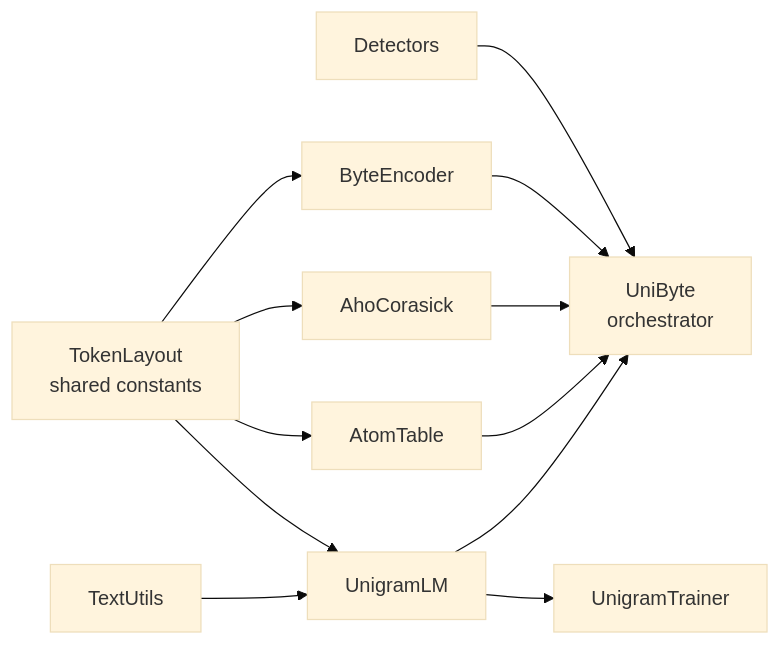
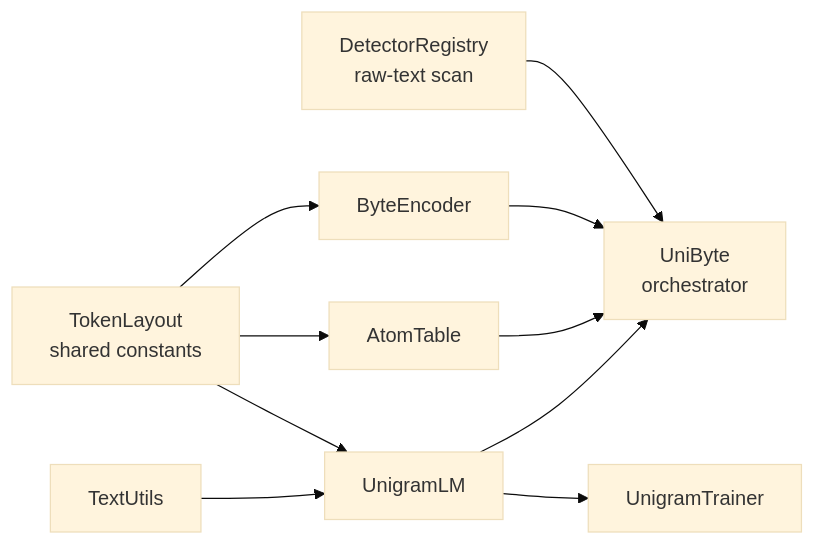
The first of 3 diagrams in resources/models/GRIM-text/Shared/UnigramByte/UnigramByte.codoc.md (Reaper3825/G.R.I.M), drawn with Mermaid (base theme) before and after one commit. The commit also changed other lines of this file and 80 other files, not shown here.

First line of the commit message:
Refactor tokenizer implementation and add raw-text detectors

````diff
--- a/resources/models/GRIM-text/Shared/UnigramByte/UnigramByte.codoc.md
+++ b/resources/models/GRIM-text/Shared/UnigramByte/UnigramByte.codoc.md
@@ -39,16 +48,15 @@
 ```mermaid
 flowchart LR
     TL[TokenLayout
 shared constants] --> BY[ByteEncoder]
-    TL --> AC[AhoCorasick]
     TL --> AT[AtomTable]
     TL --> UG[UnigramLM]
-    DT[Detectors] --> UB[UniByte
+   DT[DetectorRegistry
+raw-text scan] --> UB[UniByte
 orchestrator]
     BY --> UB
-    AC --> UB
     AT --> UB
     UG --> UB
     TU[TextUtils] --> UG
     UG --> UT[UnigramTrainer]
 ```
````
